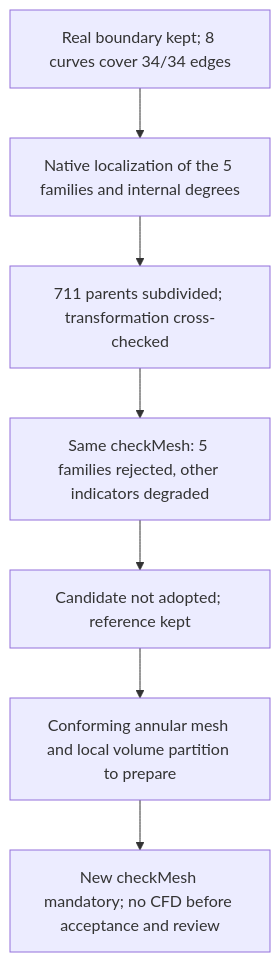
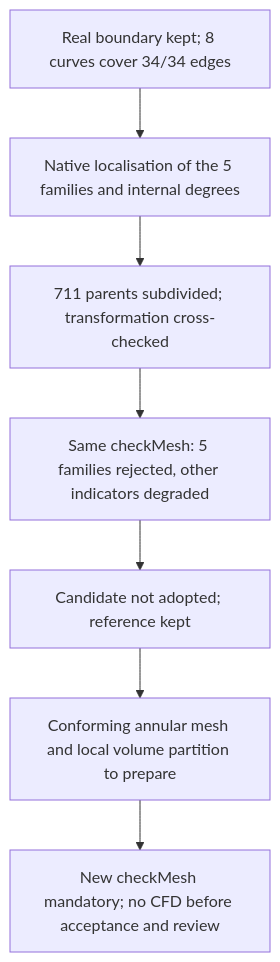
The diagram in docs/reports/M64_MAILLAGE_PARTITION_UNIFIEE_20260908.md (cluster2600/porscheparts), drawn with Mermaid before and after one commit. The commit also changed other lines of this file and 480 other files, not shown here.

````diff
--- a/docs/reports/M64_MAILLAGE_PARTITION_UNIFIEE_20260908.md
+++ b/docs/reports/M64_MAILLAGE_PARTITION_UNIFIEE_20260908.md
@@ -238,9 +238,9 @@
 ```mermaid
 flowchart TD
-    A["Real boundary kept; 8 curves cover 34/34 edges"] --> B["Native localization of the 5 families and internal degrees"]
+    A["Real boundary kept; 8 curves cover 34/34 edges"] --> B["Native localisation of the 5 families and internal degrees"]
     B --> C["711 parents subdivided; transformation cross-checked"]
     C --> D["Same checkMesh: 5 families rejected, other indicators degraded"]
     D --> E["Candidate not adopted; reference kept"]
     E --> F["Conforming annular mesh and local volume partition to prepare"]
     F --> G["New checkMesh mandatory; no CFD before acceptance and review"]
 ```
````
